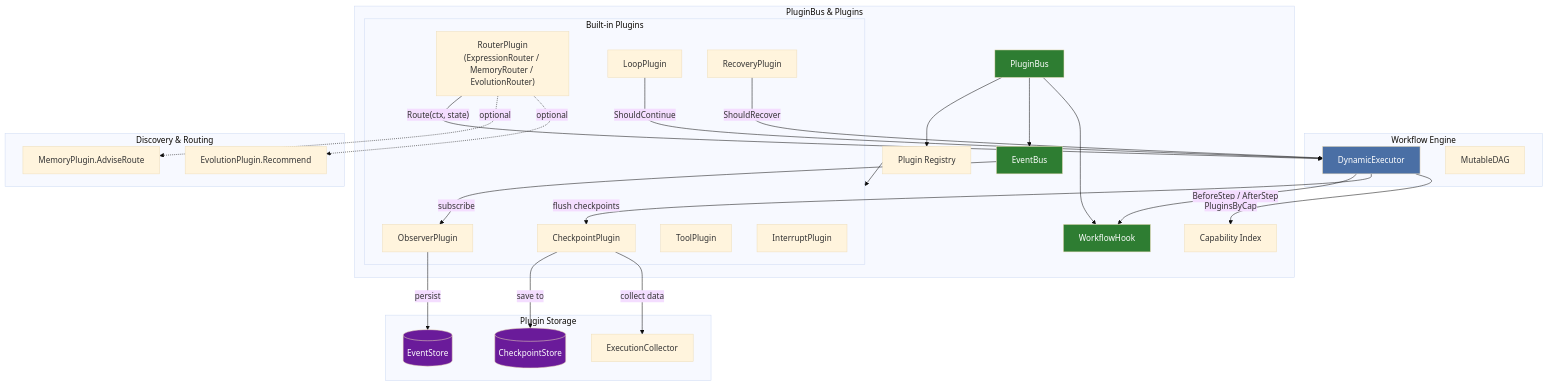
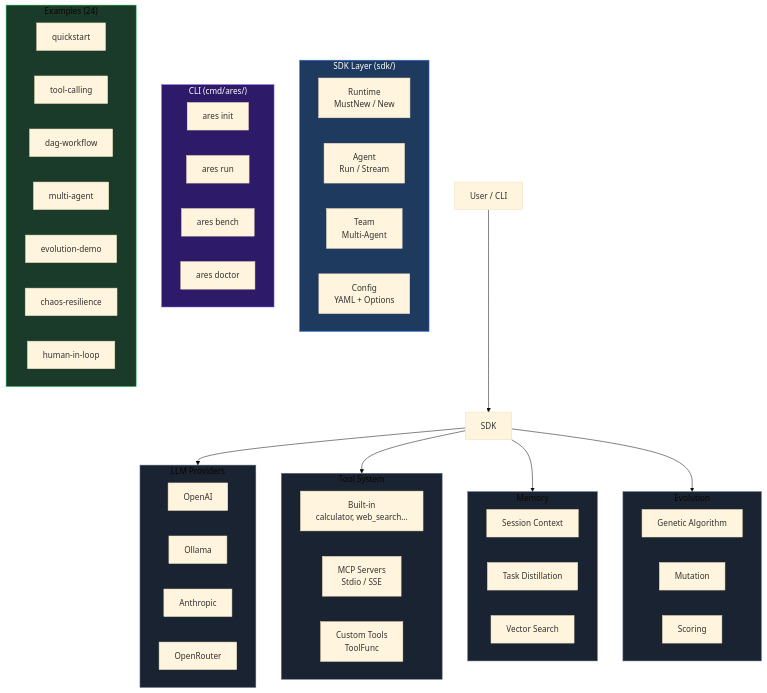
One commit to Timwood0x10/ARES changed the diagram in README.md. Above: the diagram before and after it, drawn with Mermaid (base theme). The commit also changed other lines of this file and 165 other files, not shown here.

Commit message:
chore: clean up unused examples, logs, and config files

````diff
--- a/README.md
+++ b/README.md
@@ -191,60 +122,66 @@
 ```mermaid
 graph TB
-    subgraph executor ["Workflow Engine"]
-        DEX["DynamicExecutor"]
-        DAG["MutableDAG"]
+    User["User / CLI"] --> SDK
+
+    subgraph sdk ["SDK Layer (sdk/)"]
+        RT["Runtime<br/>MustNew / New"]
+        A["Agent<br/>Run / Stream"]
+        T["Team<br/>Multi-Agent"]
+        CFG["Config<br/>YAML + Options"]
     end
 
-    subgraph plugins ["PluginBus & Plugins"]
-        PB["PluginBus"]
-        EB["EventBus"]
-        WH["WorkflowHook"]
-        REG["Plugin Registry"]
-        CAP["Capability Index"]
+    SDK --> LLM
+    SDK --> Tools
+    SDK --> Memory
+    SDK --> Evo
 
-        subgraph builtins ["Built-in Plugins"]
-            OBS["ObserverPlugin"]
-            CP["CheckpointPlugin"]
-            TP["ToolPlugin"]
-            RP["RouterPlugin<br/>(ExpressionRouter / MemoryRouter / EvolutionRouter)"]
-            LP["LoopPlugin"]
-            REC["RecoveryPlugin"]
-            IP["InterruptPlugin"]
-        end
+    subgraph LLM ["LLM Providers"]
+        OAI["OpenAI"]
+        OLL["Ollama"]
+        ANTH["Anthropic"]
+        OR["OpenRouter"]
     end
 
-    subgraph storage ["Plugin Storage"]
-        ES[("EventStore")]
-        CKPT[("CheckpointStore")]
-        COL["ExecutionCollector"]
+    subgraph Tools ["Tool System"]
+        BT["Built-in<br/>calculator, web_search..."]
+        MCP["MCP Servers<br/>Stdio / SSE"]
+        CT["Custom Tools<br/>ToolFunc"]
     end
 
-    subgraph discovery ["Discovery & Routing"]
-        ADV["MemoryPlugin.AdviseRoute"]
-        EVO["EvolutionPlugin.Recommend"]
+    subgraph Memory ["Memory"]
+        SES["Session Context"]
+        DIST["Task Distillation"]
+        VEC["Vector Search"]
     end
 
-    DEX -->|"BeforeStep / AfterStep"| WH
-    DEX -->|"flush checkpoints"| CP
-    DEX -->|"PluginsByCap"| CAP
-    REG --> builtins
-    PB --> REG
-    PB --> EB
-    PB --> WH
-    EB -->|"subscribe"| OBS
-    OBS -->|"persist"| ES
-    CP -->|"save to"| CKPT
-    CP -->|"collect data"| COL
-    RP -->|"Route(ctx, state)"| DEX
-    LP -->|"ShouldContinue"| DEX
-    REC -->|"ShouldRecover"| DEX
-    RP -.->|"optional"| ADV
-    RP -.->|"optional"| EVO
+    subgraph Evo ["Evolution"]
+        GA["Genetic Algorithm"]
+        MUT["Mutation"]
+        SCORE["Scoring"]
+    end
 
-    style DEX fill:#4a6fa5,color:#fff
-    style PB fill:#2e7d32,color:#fff
-    style EB fill:#2e7d32,color:#fff
-    style WH fill:#2e7d32,color:#fff
-    style ES fill:#6a1b9a,color:#fff
-    style CKPT fill:#6a1b9a,color:#fff
+    subgraph CLI ["CLI (cmd/ares/)"]
+        INIT["ares init"]
+        RUN["ares run"]
+        BENCH["ares bench"]
+        DOCTOR["ares doctor"]
+    end
+
+    subgraph EX ["Examples (24)"]
+        QS["quickstart"]
+        TC["tool-calling"]
+        DAG["dag-workflow"]
+        MA["multi-agent"]
+        EVO["evolution-demo"]
+        CHAOS["chaos-resilience"]
+        HIL["human-in-loop"]
+    end
+
+    style sdk fill:#1e3a5f,stroke:#3b82f6,color:#fff
+    style LLM fill:#1a2332,stroke:#64748b
+    style Tools fill:#1a2332,stroke:#64748b
+    style Memory fill:#1a2332,stroke:#64748b
+    style Evo fill:#1a2332,stroke:#64748b
+    style CLI fill:#2d1b69,stroke:#8b5cf6,color:#fff
+    style EX fill:#1a3a2a,stroke:#22c55e
 ```
````
